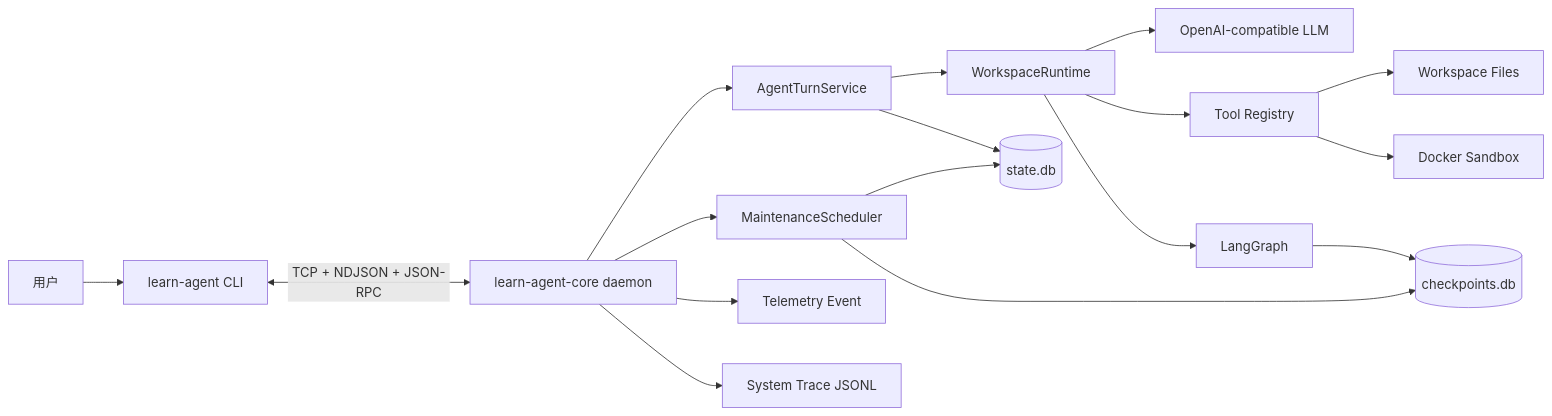
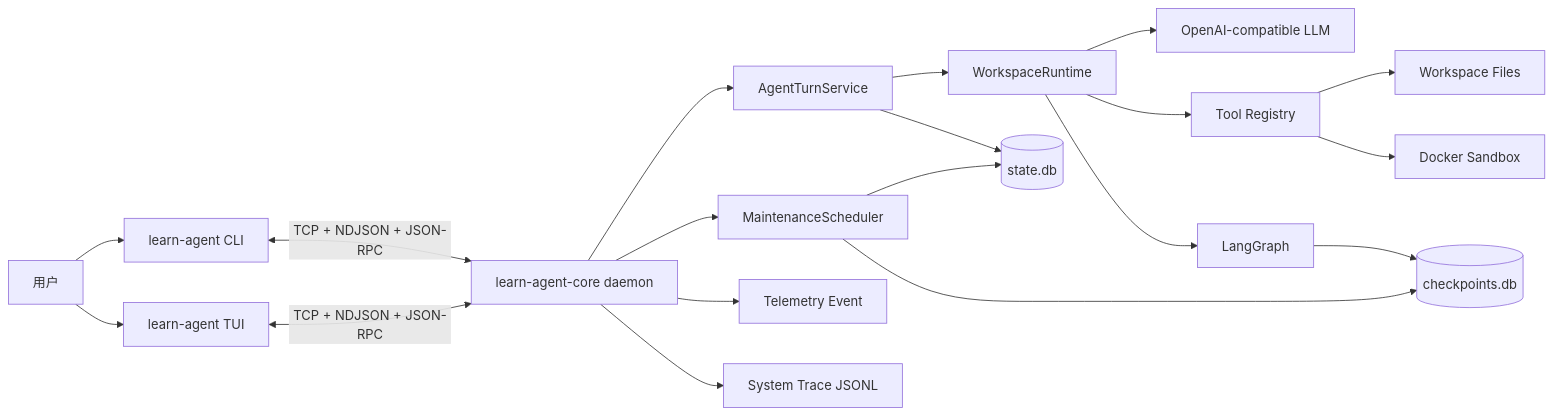
Before and after one commit to Dzheng2250/learn_langchain: the first of 2 diagrams in docs/architecture/system-overview.md, drawn with Mermaid. The commit also changed other lines of this file and 8 other files, not shown here.

````diff
--- a/docs/architecture/system-overview.md
+++ b/docs/architecture/system-overview.md
@@ -11,23 +11,25 @@
 ```mermaid
 flowchart LR
     User[用户] --> CLI[learn-agent CLI]
+    User --> TUI[learn-agent TUI]
     CLI <-->|TCP + NDJSON + JSON-RPC| Core[learn-agent-core daemon]
+    TUI <-->|TCP + NDJSON + JSON-RPC| Core
 
     Core --> Agent[AgentTurnService]
     Agent --> Runtime[WorkspaceRuntime]
     Runtime --> LLM[OpenAI-compatible LLM]
     Runtime --> Tools[Tool Registry]
     Runtime --> Graph[LangGraph]
 
     Agent --> State[(state.db)]
     Graph --> Checkpoints[(checkpoints.db)]
     Tools --> Workspace[Workspace Files]
     Tools --> Docker[Docker Sandbox]
 
     Core --> Maintenance[MaintenanceScheduler]
     Maintenance --> State
     Maintenance --> Checkpoints
 
     Core --> Telemetry[Telemetry Event]
     Core --> Trace[System Trace JSONL]
 ```
````
